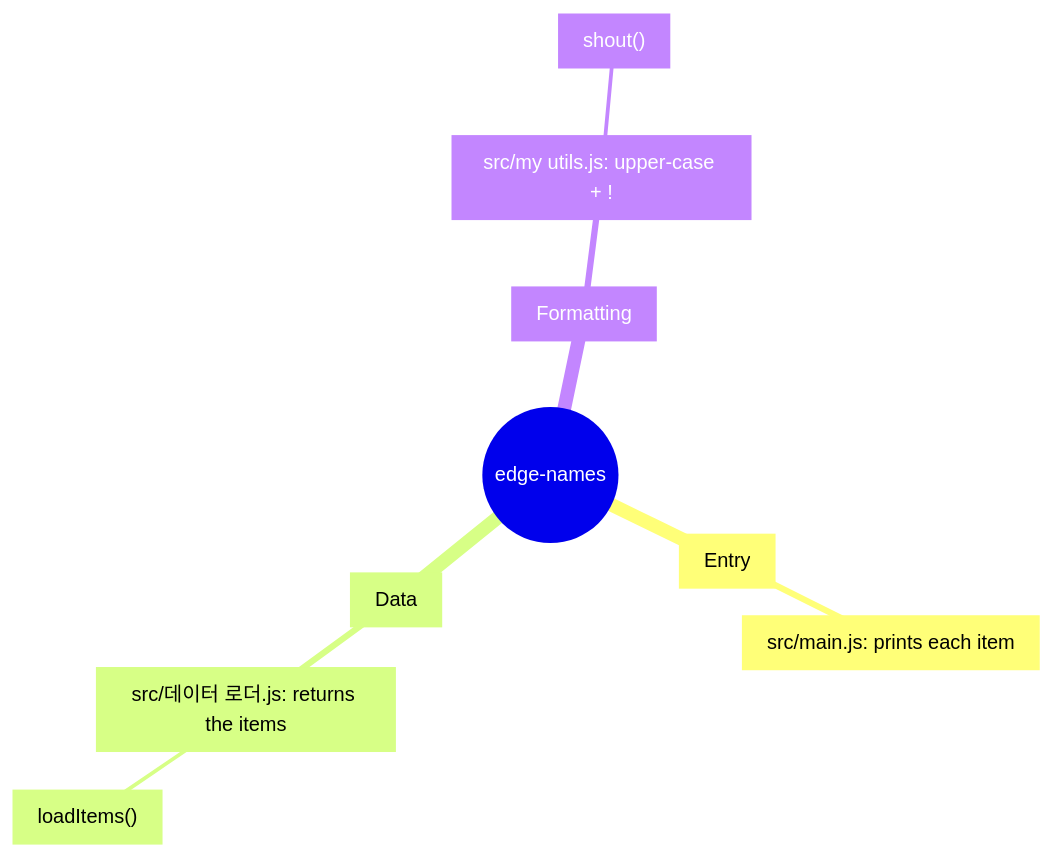
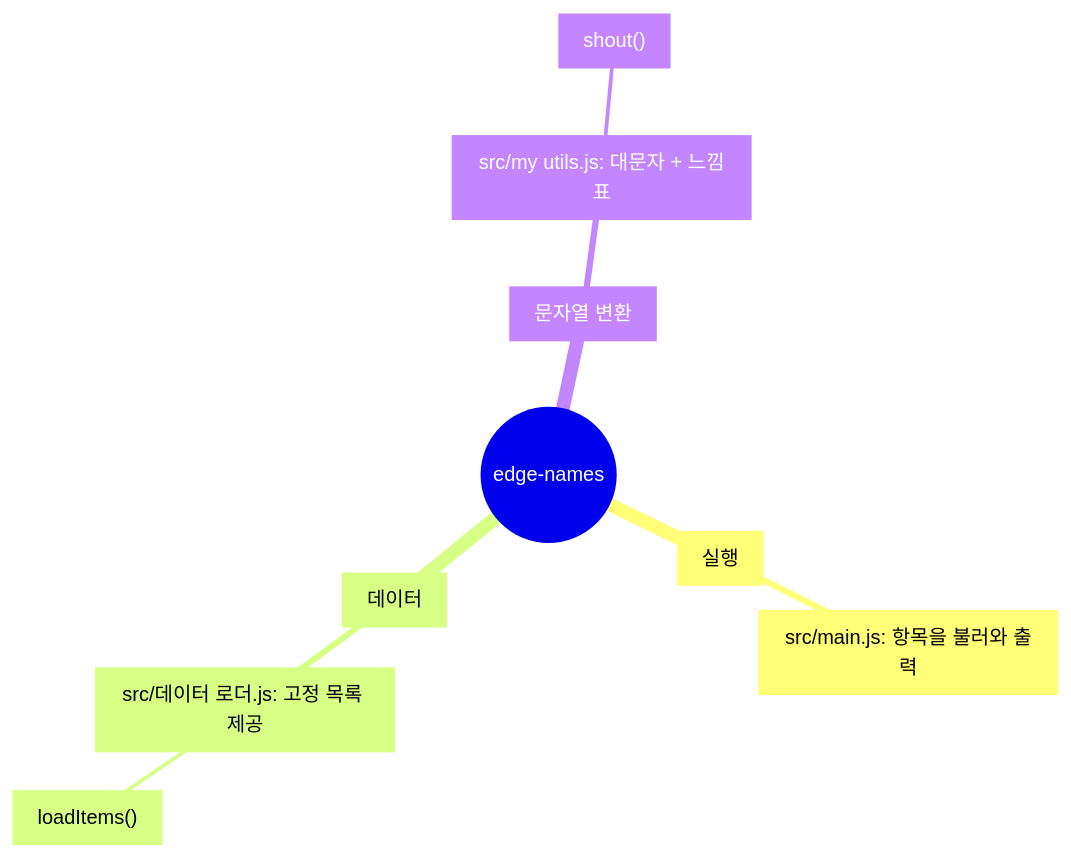
One commit to hxxnn/codemap changed the diagram in examples/edge-names/docs/codemap/mindmap.md. Above: the diagram before and after it, drawn with Mermaid. The commit also changed other lines of this file and 44 other files, not shown here.

````diff
--- a/examples/edge-names/docs/codemap/mindmap.md
+++ b/examples/edge-names/docs/codemap/mindmap.md
@@ -14,12 +14,12 @@
 ```mermaid
 mindmap
   root((edge-names))
-    a1["Entry"]
-      a2["src/main.js: prints each item"]
-    a3["Data"]
-      a4["src/데이터 로더.js: returns the items"]
+    a1["실행"]
+      a2["src/main.js: 항목을 불러와 출력"]
+    a3["데이터"]
+      a4["src/데이터 로더.js: 고정 목록 제공"]
         a5["loadItems()"]
-    a6["Formatting"]
-      a7["src/my utils.js: upper-case + !"]
+    a6["문자열 변환"]
+      a7["src/my utils.js: 대문자 + 느낌표"]
         a8["shout()"]
 ```
````
